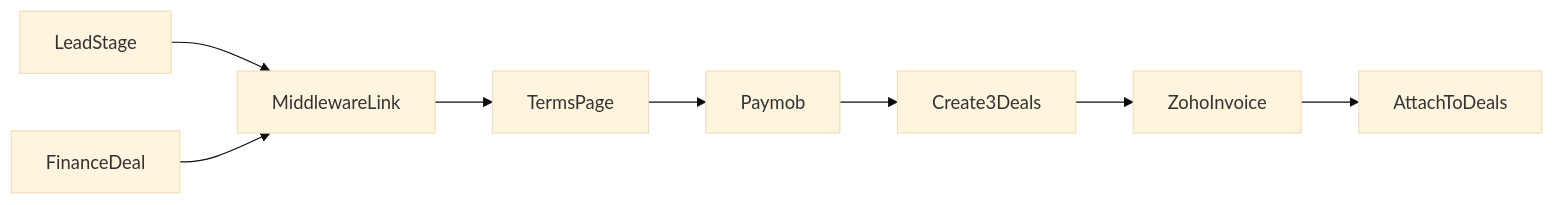
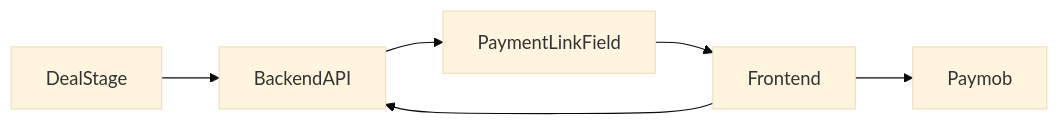
The diagram in README.md (PrathamLPA/Finance_paymob), drawn with Mermaid (base theme) before and after one commit. The commit also changed other lines of this file and 70 other files, not shown here.

````diff
--- a/README.md
+++ b/README.md
@@ -15,10 +19,8 @@
 ```mermaid
 flowchart LR
-    Lead[LeadStage] --> Link[MiddlewareLink]
-    Link --> TnC[TermsPage]
-    TnC --> Paymob[Paymob]
-    Paymob --> Deals[Create3Deals]
-    Deals --> Zoho[ZohoInvoice]
-    Zoho --> Attach[AttachToDeals]
-    FinanceDeal[FinanceDeal] --> Link
+  BitrixStage[DealStage] --> ApiSvc[BackendAPI]
+  ApiSvc --> BitrixField[PaymentLinkField]
+  BitrixField --> FrontSvc[Frontend]
+  FrontSvc --> ApiSvc
+  FrontSvc --> Paymob[Paymob]
 ```
````
